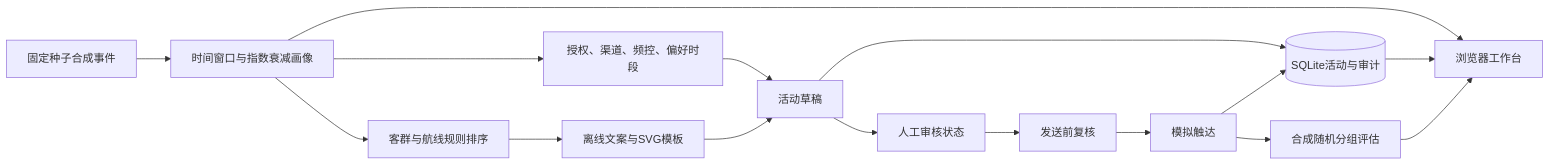
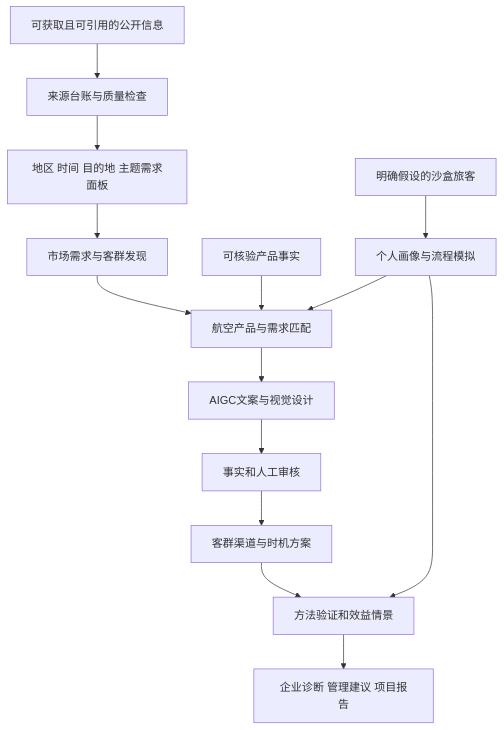
Before and after one commit to huayuxuan05-arch/Smart-Aviation-Marketing-Powering-Passenger-Profiling-with-AIGC: the diagram in docs/architecture.md, drawn with Mermaid. The commit also changed other lines of this file and 11 other files, not shown here.

Commit message:
docs: align data architecture and evaluation with public research plan

````diff
--- a/docs/architecture.md
+++ b/docs/architecture.md
@@ -5,18 +5,16 @@
 ```mermaid
-flowchart LR
-    S[固定种子合成事件] --> P[时间窗口与指数衰减画像]
-    P --> R[客群与航线规则排序]
-    P --> G[授权、渠道、频控、偏好时段]
-    R --> C[离线文案与SVG模板]
-    G --> D[活动草稿]
-    C --> D
-    D --> H[人工审核状态]
-    H --> V[发送前复核]
-    V --> M[模拟触达]
-    M --> E[合成随机分组评估]
-    D --> A[(SQLite活动与审计)]
-    M --> A
-    P --> W[浏览器工作台]
-    A --> W
-    E --> W
+flowchart TD
+    A[可获取且可引用的公开信息] --> B[来源台账与质量检查]
+    B --> C[地区 时间 目的地 主题需求面板]
+    C --> D[市场需求与客群发现]
+    D --> F[航空产品与需求匹配]
+    P[可核验产品事实] --> F
+    F --> G[AIGC文案与视觉设计]
+    G --> H[事实和人工审核]
+    H --> I[客群渠道与时机方案]
+    I --> J[方法验证和效益情景]
+    S[明确假设的沙盒旅客] --> T[个人画像与流程模拟]
+    T --> F
+    T --> J
+    J --> K[企业诊断 管理建议 项目报告]
 ```
````
